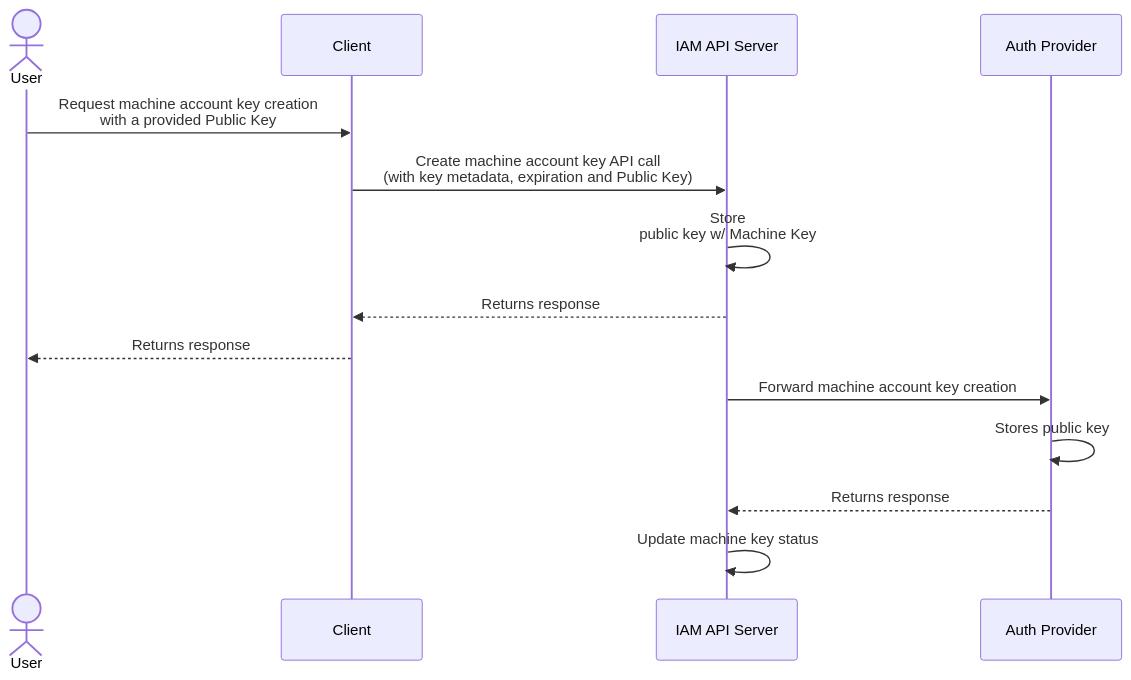
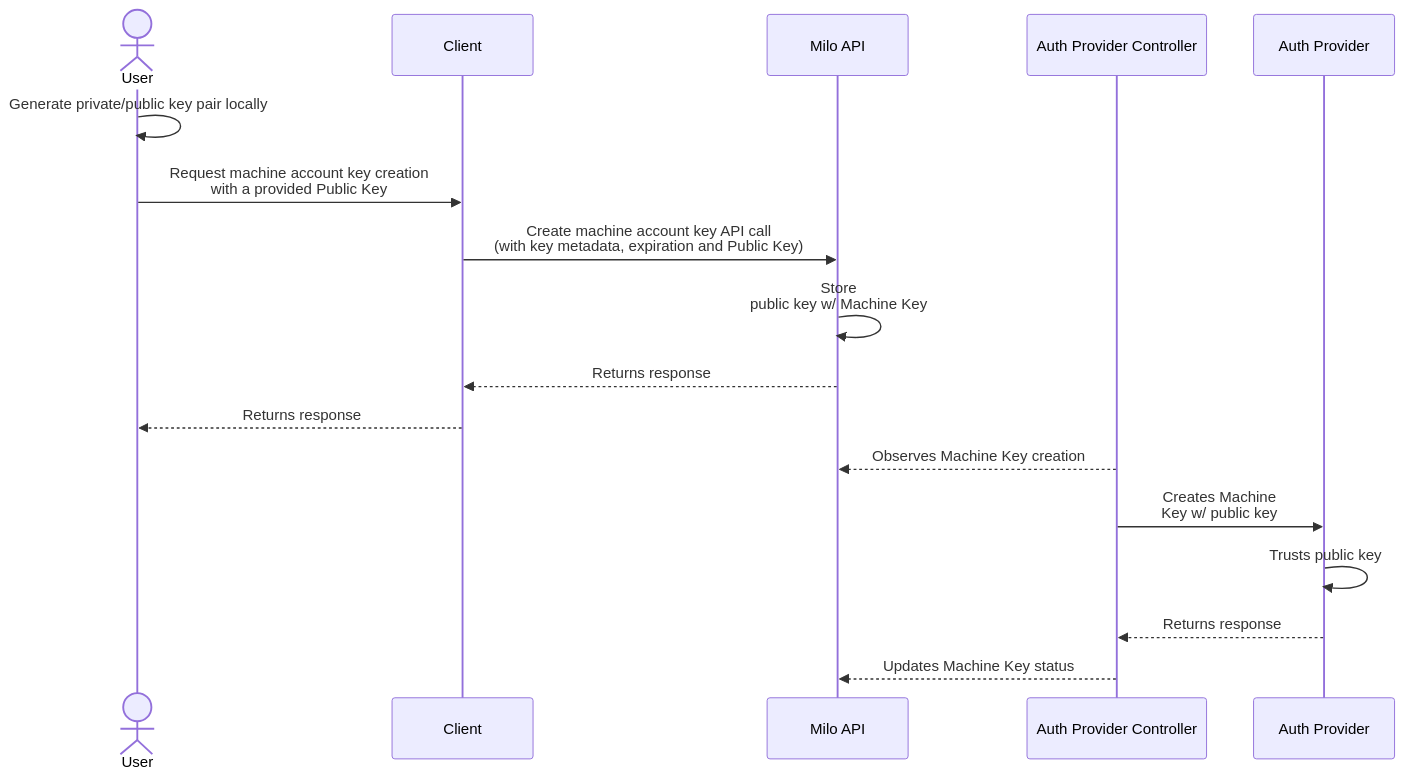
Diagram 11 of 13 in enhancements/platform/identity-and-access-management/authentication/README.md (datum-cloud/enhancements), drawn with Mermaid before and after one commit. The commit also changed other lines of this file, not shown here.

Commit message:
refactor: update machine account key flow to use Milo API and Auth Provider Controller

````diff
--- a/enhancements/platform/identity-and-access-management/authentication/README.md
+++ b/enhancements/platform/identity-and-access-management/authentication/README.md
@@ -691,17 +694,21 @@
 ```mermaid
 sequenceDiagram
     actor User as User
     participant Client as Client
-    participant IAM as IAM API Server
+    participant Milo as Milo API
+    participant Controller as Auth Provider Controller
     participant AuthZ as Auth Provider
 
+    User->>User: Generate private/public key pair locally
     User->>Client: Request machine account key creation <br> with a provided Public Key
-    Client->>IAM: Create machine account key API call <br> (with key metadata, expiration and Public Key)
-    IAM->>IAM: Store <br> public key w/ Machine Key
-    IAM-->>Client: Returns response
+    Client->>Milo: Create machine account key API call <br> (with key metadata, expiration and Public Key)
+    Milo->>Milo: Store <br> public key w/ Machine Key
+    Milo-->>Client: Returns response
     Client-->>User: Returns response
-    IAM->>AuthZ: Forward machine account key creation
-    AuthZ->>AuthZ: Stores public key
-    AuthZ-->>IAM: Returns response
-    IAM->>IAM: Update machine key status
+
+    Controller-->>Milo: Observes Machine Key creation
+    Controller->>AuthZ: Creates Machine<br/>Key w/ public key
+    AuthZ->>AuthZ: Trusts public key
+    AuthZ-->>Controller: Returns response
+    Controller-->>Milo: Updates Machine Key status
 ```
````
